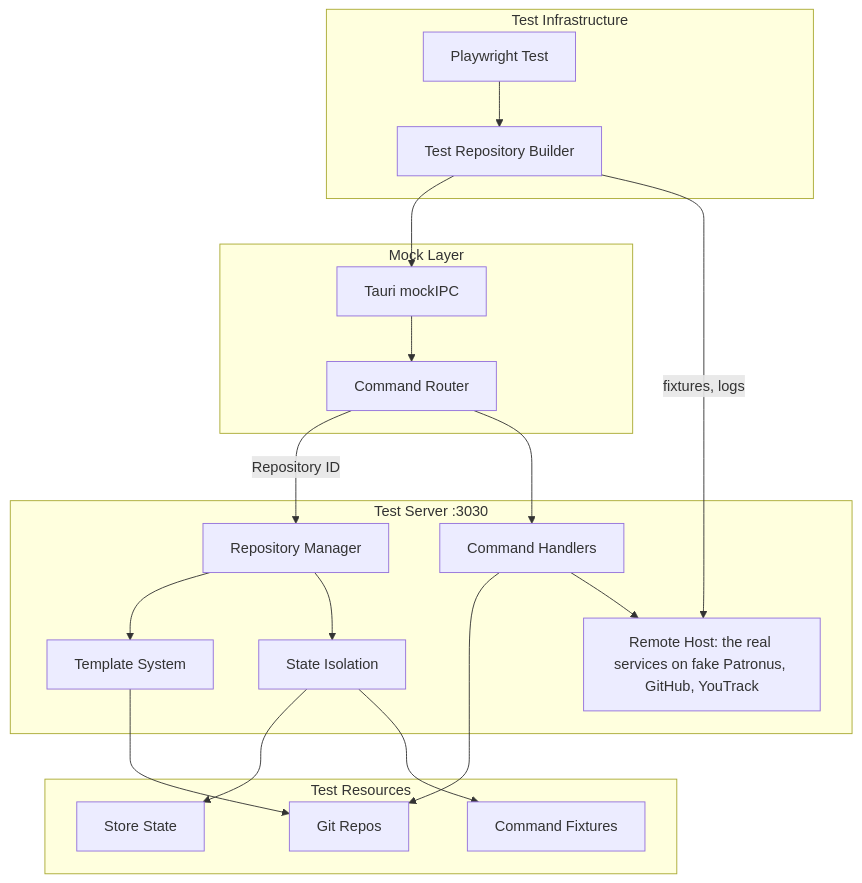
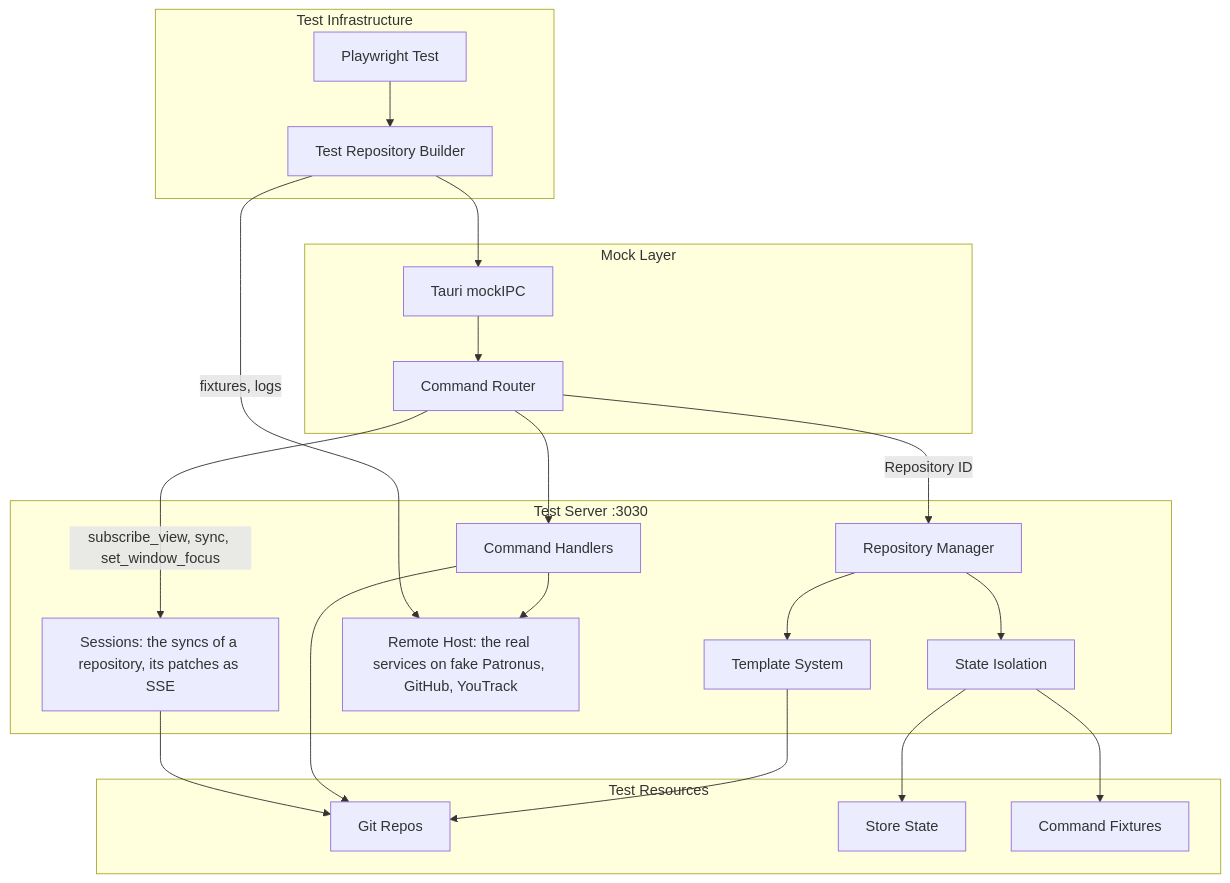
One commit to develar/branch-deck changed the first of 2 diagrams in docs/design/e2e-testing.md. Above: the diagram before and after it, drawn with Mermaid. The commit also changed other lines of this file and 11 other files, not shown here.

First line of the commit message:
docs(architecture): s6-session-table landed: the progress row, the docs true to the session, the dead batch timer gone

````diff
--- a/docs/design/e2e-testing.md
+++ b/docs/design/e2e-testing.md
@@ -21,40 +21,43 @@
 ```mermaid
 flowchart TB
     subgraph "Test Infrastructure"
         A[Playwright Test]
         B[Test Repository Builder]
     end
     
     subgraph "Mock Layer"
         C[Tauri mockIPC]
         D[Command Router]
     end
     
     subgraph "Test Server :3030"
         E[Repository Manager]
         F[Template System]
         G[State Isolation]
         H[Command Handlers]
         L[Remote Host: the real services on fake Patronus, GitHub, YouTrack]
+        S[Sessions: the syncs of a repository, its patches as SSE]
     end
     
     subgraph "Test Resources"
         I[Git Repos]
         J[Store State]
         K[Command Fixtures]
     end
     
     A --> B
     B --> C
     C --> D
     D -->|Repository ID| E
     E --> F
     F --> I
     E --> G
     G --> J
     G --> K
     D --> H
     H --> I
     H --> L
+    D -->|subscribe_view, sync, set_window_focus| S
+    S --> I
     B -->|fixtures, logs| L
 ```
````
